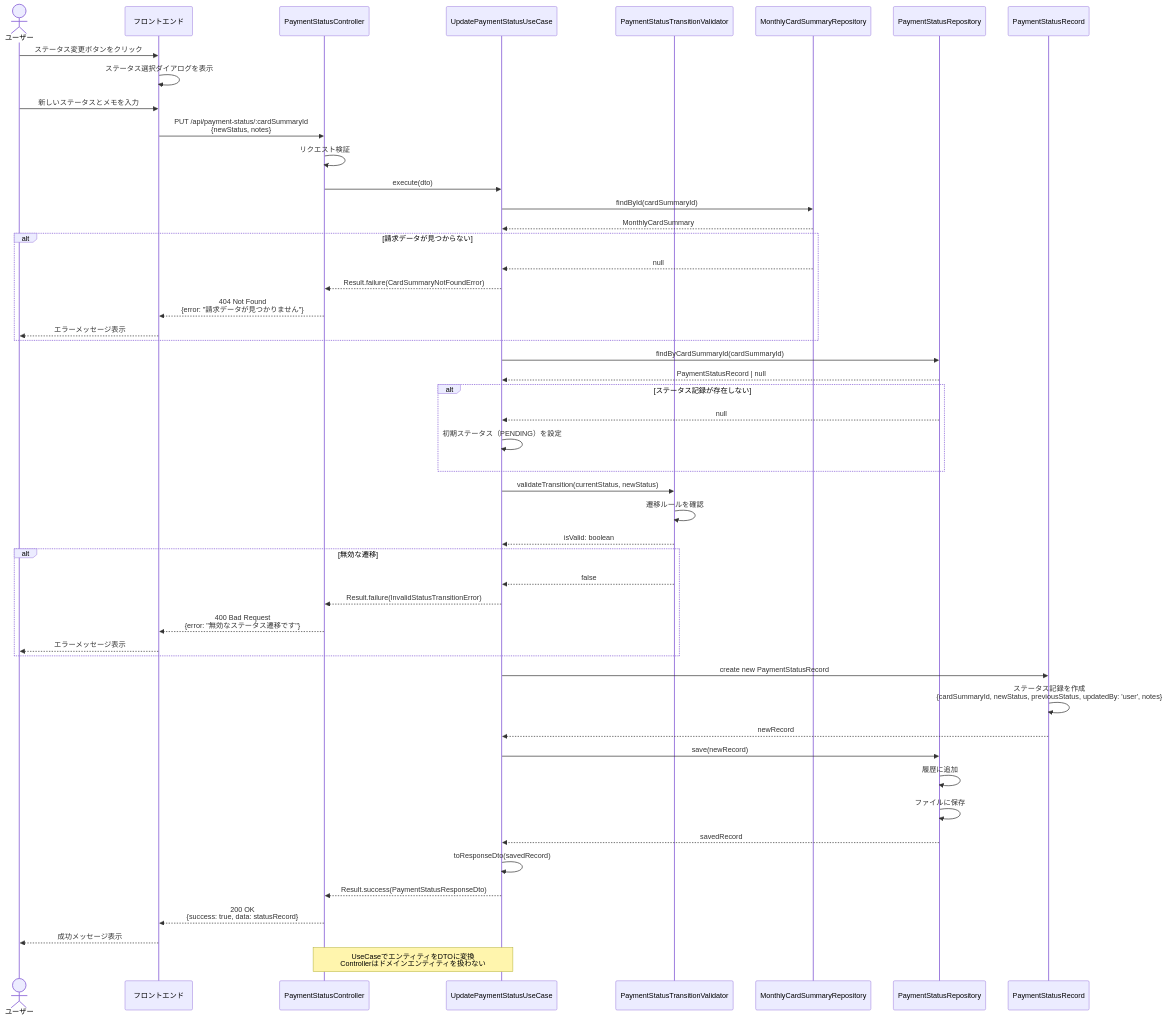
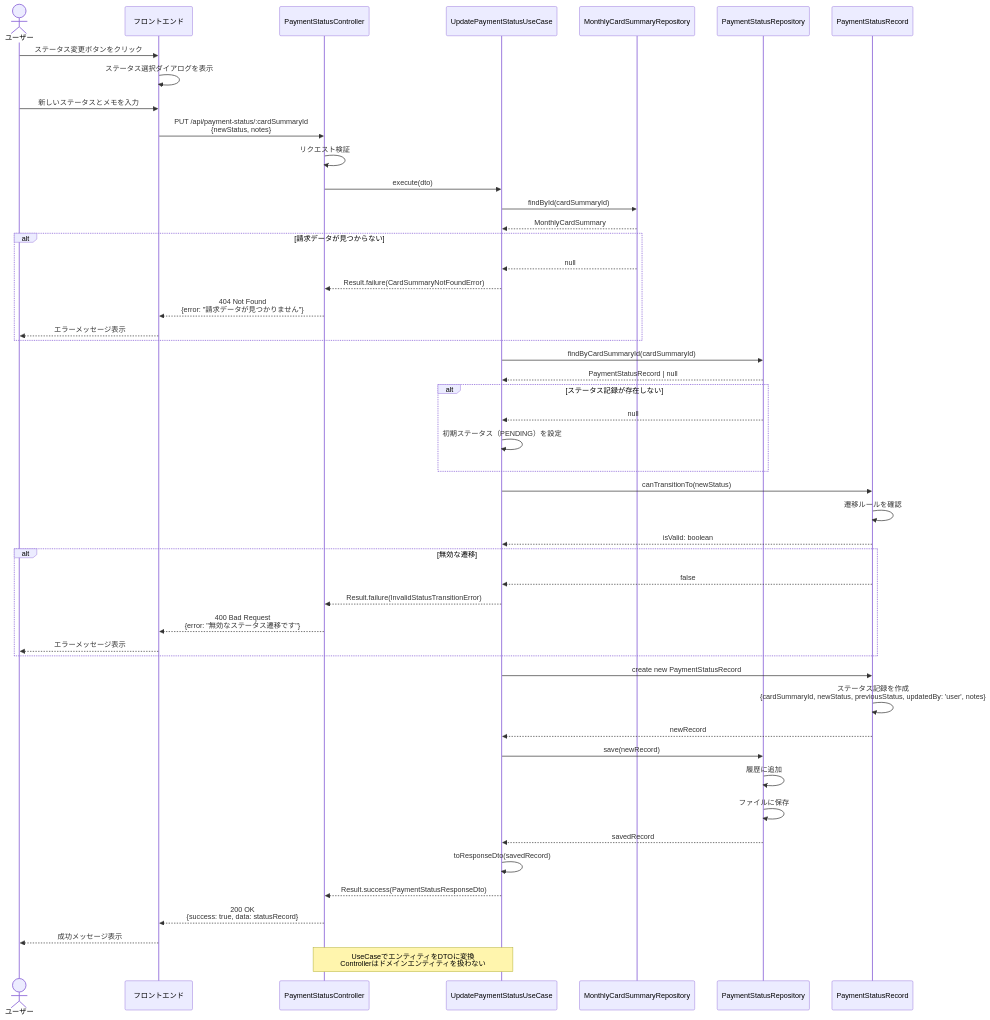
One commit to kencom2400/account-book changed the first of 12 diagrams in docs/detailed-design/FR-014_payment-status-management/sequence-diagrams.md. Above: the diagram before and after it, drawn with Mermaid. The commit also changed other lines of this file and 7 other files, not shown here.

First line of the commit message:
fix(docs): PaymentStatusRepositoryからdeleteメソッドを削除

````diff
--- a/docs/detailed-design/FR-014_payment-status-management/sequence-diagrams.md
+++ b/docs/detailed-design/FR-014_payment-status-management/sequence-diagrams.md
@@ -36,64 +36,63 @@
 ```mermaid
 sequenceDiagram
     actor User as ユーザー
     participant Frontend as フロントエンド
     participant API as PaymentStatusController
     participant UC as UpdatePaymentStatusUseCase
-    participant Validator as PaymentStatusTransitionValidator
     participant SummaryRepo as MonthlyCardSummaryRepository
     participant StatusRepo as PaymentStatusRepository
     participant Entity as PaymentStatusRecord
 
     User->>Frontend: ステータス変更ボタンをクリック
     Frontend->>Frontend: ステータス選択ダイアログを表示
     User->>Frontend: 新しいステータスとメモを入力
     Frontend->>API: PUT /api/payment-status/:cardSummaryId<br/>{newStatus, notes}
 
     API->>API: リクエスト検証
     API->>UC: execute(dto)
 
     UC->>SummaryRepo: findById(cardSummaryId)
     SummaryRepo-->>UC: MonthlyCardSummary
 
     alt 請求データが見つからない
         SummaryRepo-->>UC: null
         UC-->>API: Result.failure(CardSummaryNotFoundError)
         API-->>Frontend: 404 Not Found<br/>{error: "請求データが見つかりません"}
         Frontend-->>User: エラーメッセージ表示
     end
 
     UC->>StatusRepo: findByCardSummaryId(cardSummaryId)
     StatusRepo-->>UC: PaymentStatusRecord | null
 
     alt ステータス記録が存在しない
         StatusRepo-->>UC: null
         UC->>UC: 初期ステータス（PENDING）を設定
     end
 
-    UC->>Validator: validateTransition(currentStatus, newStatus)
-    Validator->>Validator: 遷移ルールを確認
-    Validator-->>UC: isValid: boolean
+    UC->>Entity: canTransitionTo(newStatus)
+    Entity->>Entity: 遷移ルールを確認
+    Entity-->>UC: isValid: boolean
 
     alt 無効な遷移
-        Validator-->>UC: false
+        Entity-->>UC: false
         UC-->>API: Result.failure(InvalidStatusTransitionError)
         API-->>Frontend: 400 Bad Request<br/>{error: "無効なステータス遷移です"}
         Frontend-->>User: エラーメッセージ表示
     end
 
     UC->>Entity: create new PaymentStatusRecord
     Entity->>Entity: ステータス記録を作成<br/>{cardSummaryId, newStatus, previousStatus, updatedBy: 'user', notes}
     Entity-->>UC: newRecord
 
     UC->>StatusRepo: save(newRecord)
     StatusRepo->>StatusRepo: 履歴に追加
     StatusRepo->>StatusRepo: ファイルに保存
     StatusRepo-->>UC: savedRecord
 
     UC->>UC: toResponseDto(savedRecord)
     UC-->>API: Result.success(PaymentStatusResponseDto)
     API-->>Frontend: 200 OK<br/>{success: true, data: statusRecord}
     Frontend-->>User: 成功メッセージ表示
 
     Note over UC,API: UseCaseでエンティティをDTOに変換<br/>Controllerはドメインエンティティを扱わない
 ```
````
